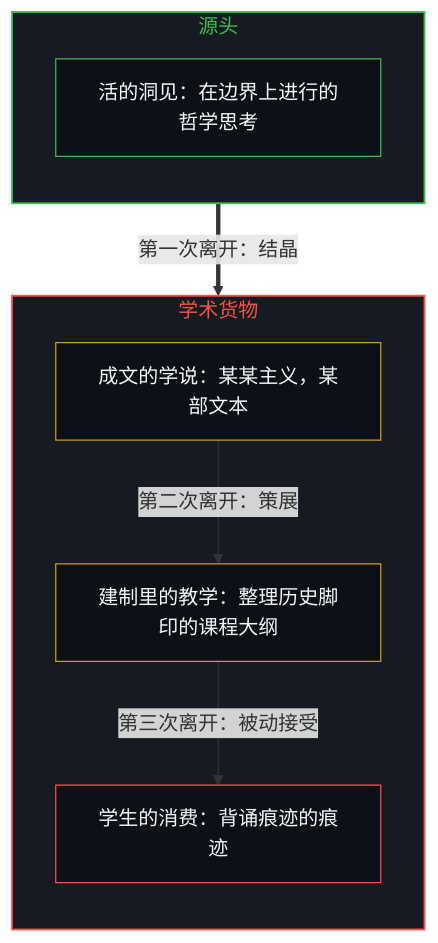
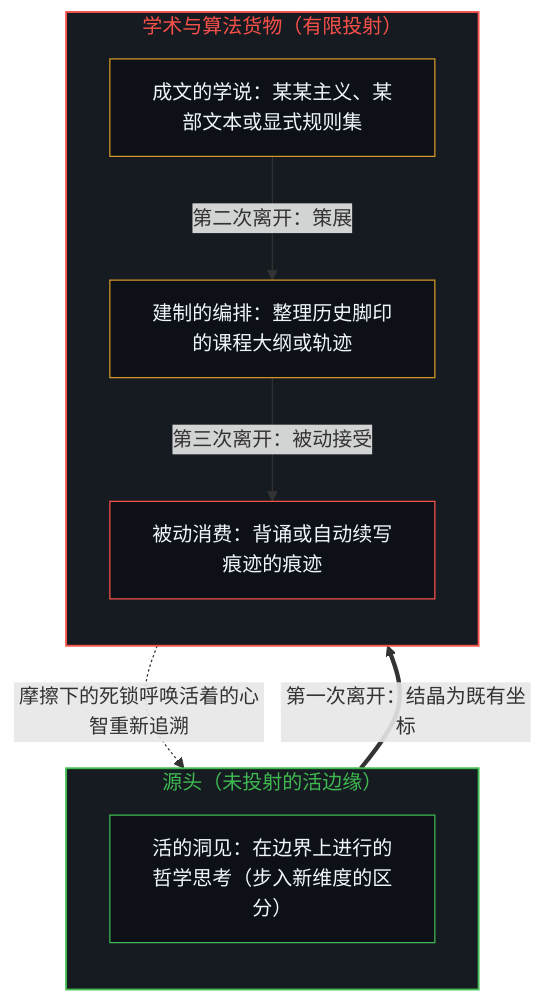
The first of 2 diagrams in content/posts/the-unclosable-trace.md (powerpig99/not-a-toe), drawn with Mermaid before and after one commit. The commit also changed other lines of this file and 1 other file, not shown here.

````diff
--- a/content/posts/the-unclosable-trace.md
+++ b/content/posts/the-unclosable-trace.md
@@ -81,22 +81,23 @@
 ```mermaid
 flowchart TD
-    subgraph S_Source["源头"]
+    subgraph S_Source["源头（未投射的活边缘）"]
         direction TB
-        L1["活的洞见：在边界上进行的哲学思考"]
+        L1["活的洞见：在边界上进行的哲学思考（步入新维度的区分）"]
     end
-    subgraph S_Cargo["学术货物"]
+    subgraph S_Cargo["学术与算法货物（有限投射）"]
         direction TB
-        L2["成文的学说：某某主义，某部文本"]
-        L3["建制里的教学：整理历史脚印的课程大纲"]
-        L4["学生的消费：背诵痕迹的痕迹"]
+        L2["成文的学说：某某主义、某部文本或显式规则集"]
+        L3["建制的编排：整理历史脚印的课程大纲或轨迹"]
+        L4["被动消费：背诵或自动续写痕迹的痕迹"]
     end
-    L1 ==>|"第一次离开：结晶"| L2
+    L1 ==>|"第一次离开：结晶为既有坐标"| L2
     L2 -->|"第二次离开：策展"| L3
     L3 -->|"第三次离开：被动接受"| L4
+    L4 -.->|"摩擦下的死锁呼唤活着的心智重新追溯"| L1
     style S_Source fill:#161b22,stroke:#3fb950,stroke-width:1.5px,color:#3fb950
     style S_Cargo fill:#161b22,stroke:#f85149,stroke-width:1.5px,color:#f85149
     style L1 fill:#0d1117,stroke:#3fb950,stroke-width:1px,color:#f0f6fc
     style L2 fill:#0d1117,stroke:#d29922,stroke-width:1px,color:#f0f6fc
     style L3 fill:#0d1117,stroke:#d29922,stroke-width:1px,color:#f0f6fc
     style L4 fill:#0d1117,stroke:#f85149,stroke-width:1px,color:#f0f6fc
 ```
````
